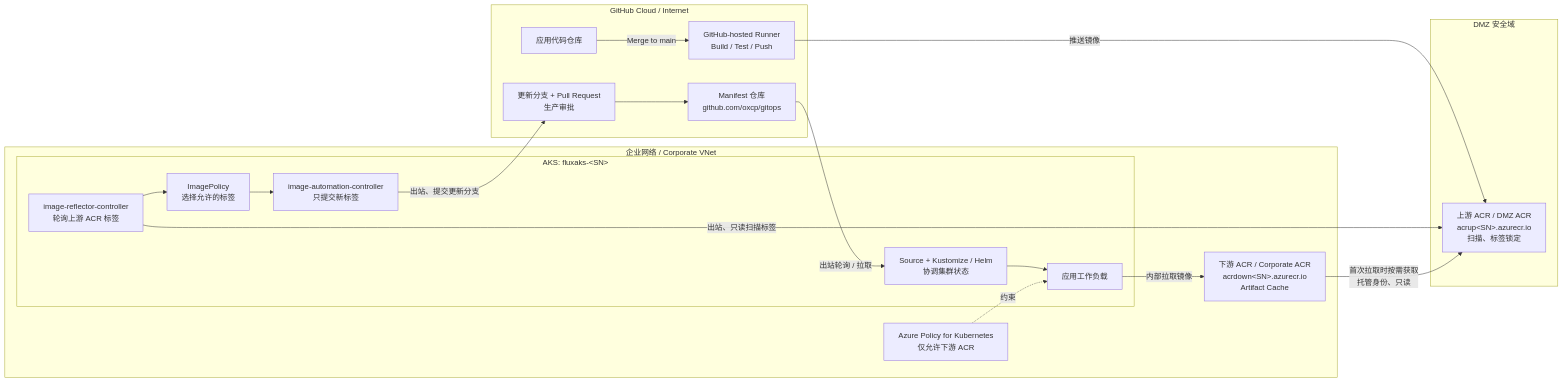
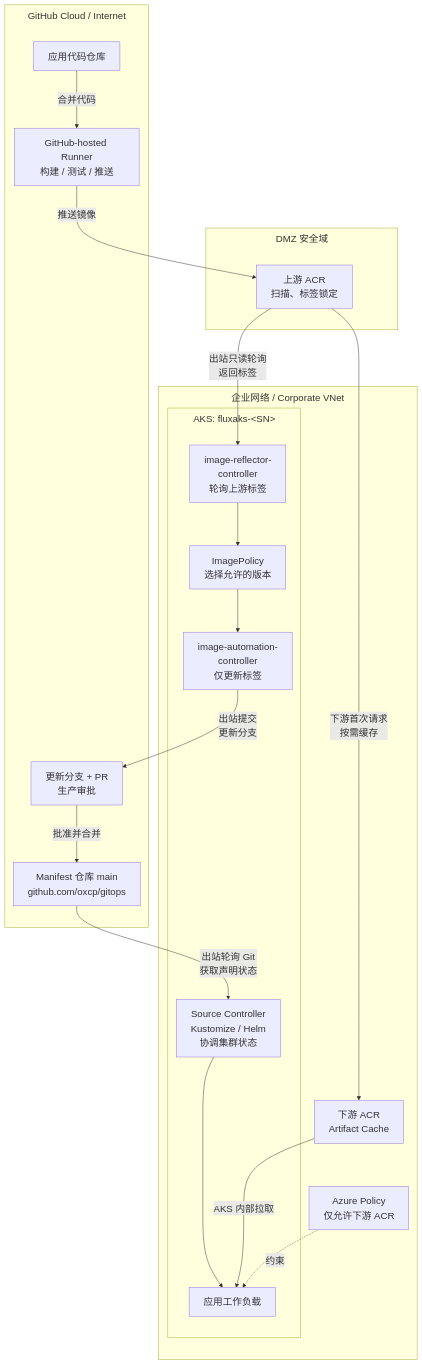
One commit to oxcp/ainotes changed the diagram in gitops-acr-cache/README.md. Above: the diagram before and after it, drawn with Mermaid. The commit also changed other lines of this file and 29 other files, not shown here.

````diff
--- a/gitops-acr-cache/README.md
+++ b/gitops-acr-cache/README.md
@@ -99,41 +101,44 @@
 ```mermaid
-flowchart LR
-    subgraph GH[GitHub Cloud / Internet]
-        APP[应用代码仓库]
-        CI[GitHub-hosted Runner<br/>Build / Test / Push]
-        GITOPS[Manifest 仓库<br/>github.com/oxcp/gitops]
-        PR[更新分支 + Pull Request<br/>生产审批]
+%%{init: {'themeVariables': {'fontSize': '20px'}, 'flowchart': {'subGraphTitleMargin': {'top': 8, 'bottom': 24}, 'nodeSpacing': 15, 'rankSpacing': 90}}}%%
+flowchart TB
+    subgraph GH["GitHub Cloud / Internet"]
+        APP["应用代码仓库"]
+        CI["GitHub-hosted Runner<br/>构建 / 测试 / 推送"]
+        PR["更新分支 + PR<br/>生产审批"]
+        GITOPS["Manifest 仓库 main<br/>github.com/oxcp/gitops"]
 
-        APP -->|Merge to main| CI
-        PR --> GITOPS
+        APP -->|合并代码| CI
+        PR -->|批准并合并| GITOPS
     end
 
-    subgraph DMZ[DMZ 安全域]
-        UP[上游 ACR / DMZ ACR<br/>acrup&lt;SN&gt;.azurecr.io<br/>扫描、标签锁定]
+    subgraph DMZ["DMZ 安全域"]
+        UP["上游 ACR<br/>扫描、标签锁定"]
     end
 
-    subgraph CORP[企业网络 / Corporate VNet]
-        subgraph AKS[AKS: fluxaks-&lt;SN&gt;]
-            REFLECTOR[image-reflector-controller<br/>轮询上游 ACR 标签]
-            POLICY[ImagePolicy<br/>选择允许的标签]
-            AUTOMATION[image-automation-controller<br/>只提交新标签]
-            RECONCILE[Source + Kustomize / Helm<br/>协调集群状态]
-            WORKLOAD[应用工作负载]
+    subgraph CORP["企业网络 / Corporate VNet"]
+        subgraph AKS["AKS: fluxaks-&lt;SN&gt;"]
+            REFLECTOR["image-reflector-<br/>controller<br/>轮询上游标签"]
+            POLICY["ImagePolicy<br/>选择允许的版本"]
+            AUTOMATION["image-automation-<br/>controller<br/>仅更新标签"]
+            RECONCILE["Source Controller<br/>Kustomize / Helm<br/>协调集群状态"]
+            WORKLOAD["应用工作负载"]
 
             REFLECTOR --> POLICY --> AUTOMATION
             RECONCILE --> WORKLOAD
         end
 
-        DOWN[下游 ACR / Corporate ACR<br/>acrdown&lt;SN&gt;.azurecr.io<br/>Artifact Cache]
-        AZPOLICY[Azure Policy for Kubernetes<br/>仅允许下游 ACR]
+        DOWN["下游 ACR<br/>Artifact Cache"]
+        AZPOLICY["Azure Policy<br/>仅允许下游 ACR"]
 
+        DOWN -->|AKS 内部拉取| WORKLOAD
         AZPOLICY -.约束.-> WORKLOAD
-        WORKLOAD -->|内部拉取镜像| DOWN
+        RECONCILE ~~~ DOWN
+        DOWN ~~~ AZPOLICY
     end
 
     CI -->|推送镜像| UP
-    REFLECTOR -->|出站、只读扫描标签| UP
-    AUTOMATION -->|出站、提交更新分支| PR
-    GITOPS -->|出站轮询 / 拉取| RECONCILE
-    DOWN -->|首次拉取时按需获取<br/>托管身份、只读| UP
+    UP -->|出站只读轮询<br/>返回标签| REFLECTOR
+    AUTOMATION -->|出站提交<br/>更新分支| PR
+    GITOPS -->|出站轮询 Git<br/>获取声明状态| RECONCILE
+    UP -->|下游首次请求<br/>按需缓存| DOWN
 ```
````
